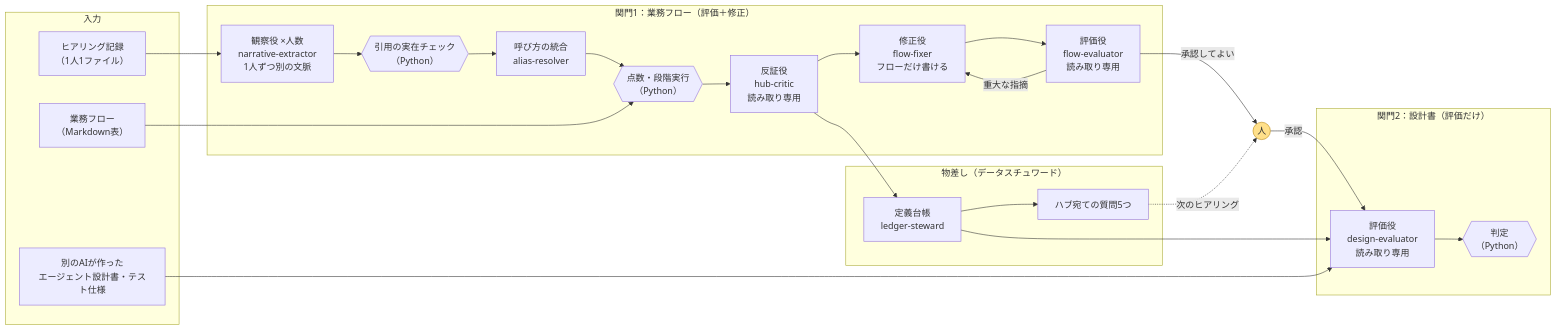
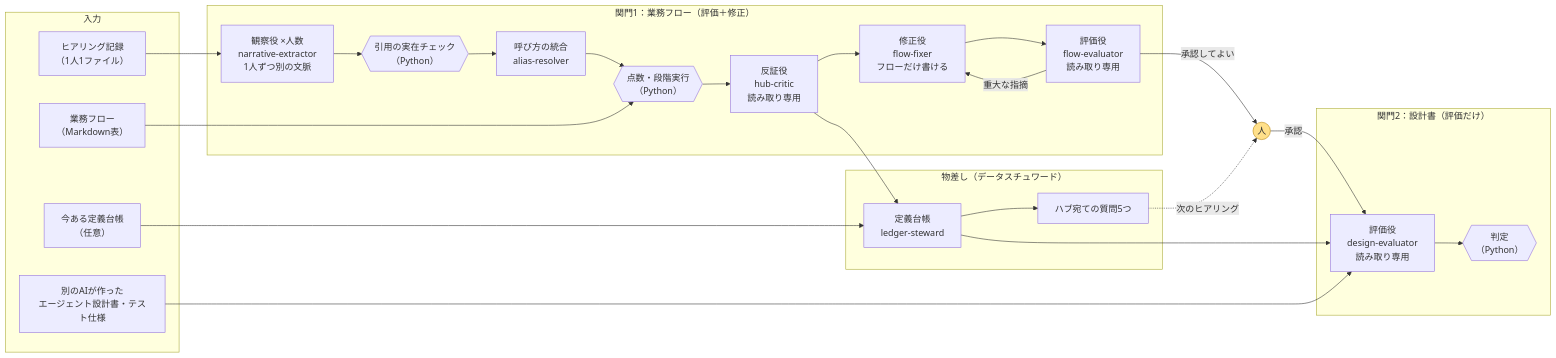
One commit to chisuke0309/anmoku changed the diagram in docs/architecture.md. Above: the diagram before and after it, drawn with Mermaid. The commit also changed other lines of this file and 1 other file, not shown here.

Commit message:
README・構成図・Skill の説明を今の画面と台帳の扱いに合わせる

````diff
--- a/docs/architecture.md
+++ b/docs/architecture.md
@@ -5,43 +5,45 @@
 ```mermaid
 flowchart LR
   subgraph IN["入力"]
     I["ヒアリング記録<br/>（1人1ファイル）"]
     F["業務フロー<br/>（Markdown表）"]
+    LG["今ある定義台帳<br/>（任意）"]
     D["別のAIが作った<br/>エージェント設計書・テスト仕様"]
   end
 
   subgraph G1["関門1：業務フロー（評価＋修正）"]
     X["観察役 ×人数<br/>narrative-extractor<br/>1人ずつ別の文脈"]
     Q{{"引用の実在チェック<br/>（Python）"}}
     R["呼び方の統合<br/>alias-resolver"]
     S{{"点数・段階実行<br/>（Python）"}}
     C["反証役<br/>hub-critic<br/>読み取り専用"]
     FX["修正役<br/>flow-fixer<br/>フローだけ書ける"]
     FE["評価役<br/>flow-evaluator<br/>読み取り専用"]
   end
 
   subgraph M["物差し（データスチュワード）"]
     L["定義台帳<br/>ledger-steward"]
     QS["ハブ宛ての質問5つ"]
   end
 
   subgraph G2["関門2：設計書（評価だけ）"]
     DE["評価役<br/>design-evaluator<br/>読み取り専用"]
     J{{"判定<br/>（Python）"}}
   end
 
   H(("人")):::human
 
   I --> X --> Q --> R --> S --> C
   F --> S
   C --> L --> QS
+  LG --> L
   C --> FX --> FE
   FE -- 重大な指摘 --> FX
   FE -- 承認してよい --> H
   H -- 承認 --> DE
   L --> DE
   D --> DE --> J
   QS -. 次のヒアリング .-> H
 
   classDef human fill:#ffe08a,stroke:#b8860b
 ```
````
